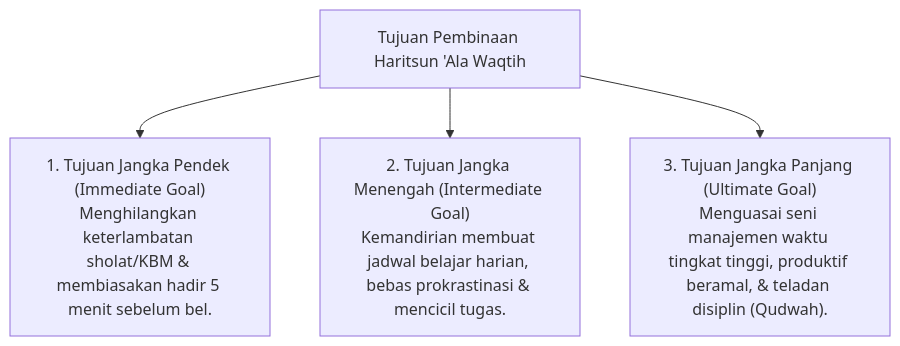
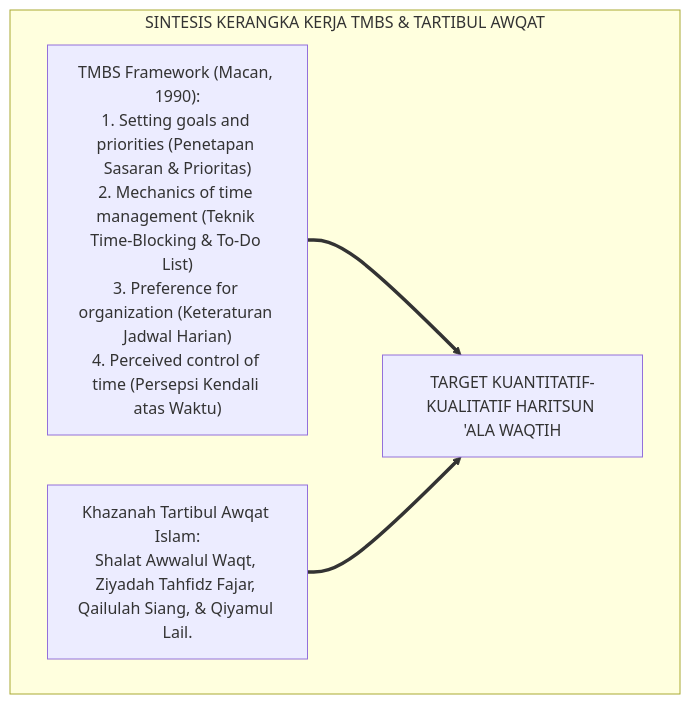
One commit to wandiapriliyandi/tumbuh changed the third of 7 diagrams in 03 Capacity Framework/10 Haritsun Ala Waqtih/P3-10-03-Tujuan-dan-Target-Capaian.md. Above: the diagram before and after it, drawn with Mermaid. The commit also changed other lines of this file and 14 other files, not shown here.

Commit message:
docs(03-capacity): complete all 15 research monographs for 10 Haritsun Ala Waqtih

````diff
--- a/03 Capacity Framework/10 Haritsun Ala Waqtih/P3-10-03-Tujuan-dan-Target-Capaian.md
+++ b/03 Capacity Framework/10 Haritsun Ala Waqtih/P3-10-03-Tujuan-dan-Target-Capaian.md
@@ -10,8 +96,10 @@
 ```mermaid
-graph TD
-    Tujuan["Tujuan Pembinaan Haritsun 'Ala Waqtih"]
-    
-    Tujuan --> G1["1. Tujuan Jangka Pendek (Immediate Goal)<br/>Menghilangkan keterlambatan sholat/KBM & membiasakan hadir 5 menit sebelum bel."]
-    Tujuan --> G2["2. Tujuan Jangka Menengah (Intermediate Goal)<br/>Kemandirian membuat jadwal belajar harian, bebas prokrastinasi & mencicil tugas."]
-    Tujuan --> G3["3. Tujuan Jangka Panjang (Ultimate Goal)<br/>Menguasai seni manajemen waktu tingkat tinggi, produktif beramal, & teladan disiplin (Qudwah)."]
+flowchart TD
+    subgraph StandarTMBSdanWaktuIslam["SINTESIS KERANGKA KERJA TMBS & TARTIBUL AWQAT"]
+        TMBS["TMBS Framework (Macan, 1990):<br/>1. Setting goals and priorities (Penetapan Sasaran & Prioritas)<br/>2. Mechanics of time management (Teknik Time-Blocking & To-Do List)<br/>3. Preference for organization (Keteraturan Jadwal Harian)<br/>4. Perceived control of time (Persepsi Kendali atas Waktu)"]
+        
+        Tartib["Khazanah Tartibul Awqat Islam:<br/>Shalat Awwalul Waqt, Ziyadah Tahfidz Fajar, Qailulah Siang, & Qiyamul Lail."]
+        
+        TMBS & Tartib ==> TargetTUMBUH["TARGET KUANTITATIF-KUALITATIF HARITSUN 'ALA WAQTIH"]
+    end
 ```
````
